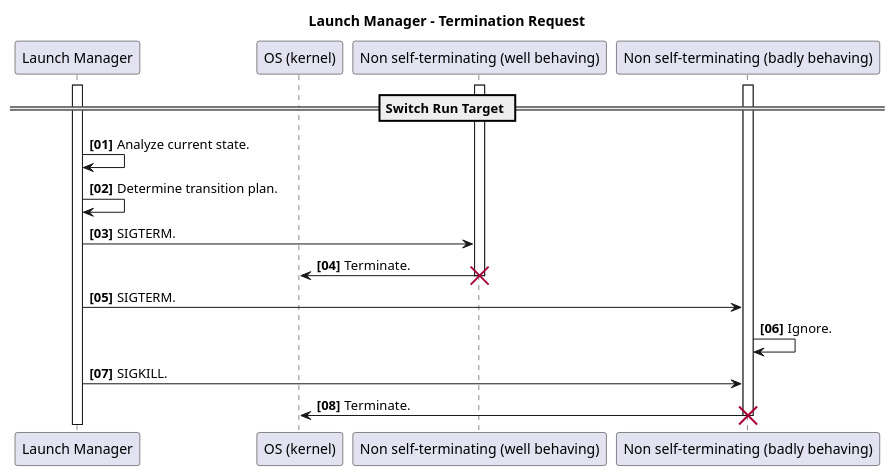
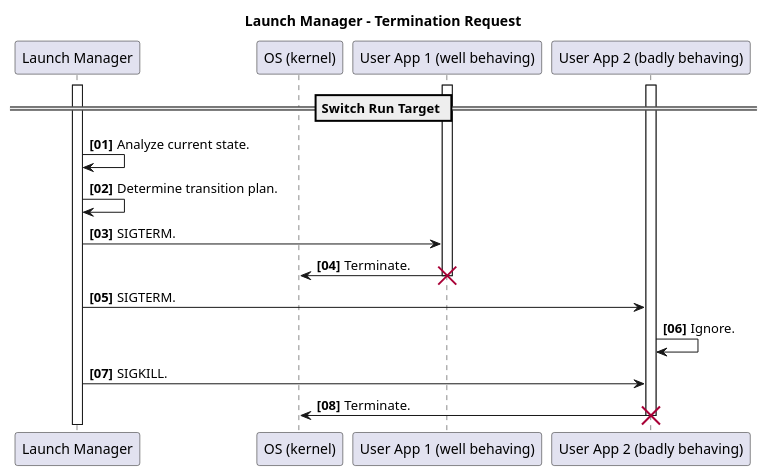
One commit to eclipse-score/lifecycle changed the diagram in docs/features/lifecycle/architecture/_assets/launch_manager_terminate_request.puml. Above: the diagram before and after it, drawn with PlantUML. The commit also changed 11 other files, not shown here.

```diff
--- a/docs/features/lifecycle/architecture/_assets/launch_manager_terminate_request.puml
+++ b/docs/features/lifecycle/architecture/_assets/launch_manager_terminate_request.puml
@@ -14,31 +14,31 @@
 @startuml
 title Launch Manager - Termination Request
 
 autonumber "<b>[00]"
 
 participant "Launch Manager" as LM
 participant "OS (kernel)" as kernel
-participant "Non self-terminating (well behaving)" as app1
-participant "Non self-terminating (badly behaving)" as app2
+participant "User App 1 (well behaving)" as app1
+participant "User App 2 (badly behaving)" as app2
 
 activate LM
 activate app1
 activate app2
 
 == Switch Run Target ==
 
 LM -> LM: Analyze current state.
 LM -> LM: Determine transition plan.
 
 
 LM -> app1: SIGTERM.
 app1 -> kernel: Terminate.
 destroy app1
 
 LM -> app2: SIGTERM.
 app2 -> app2: Ignore.
 LM -> app2: SIGKILL.
 app2 -> kernel: Terminate.
 destroy app2
 
 @enduml
```
